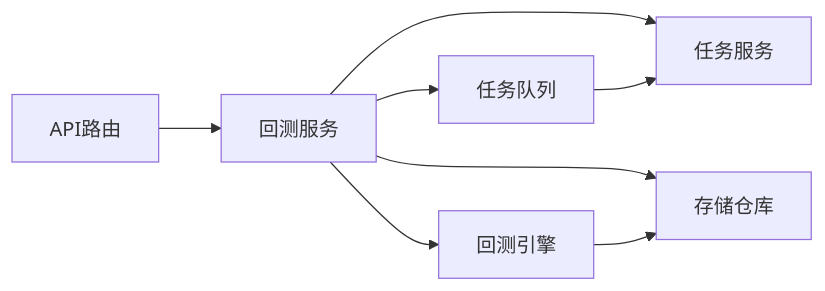
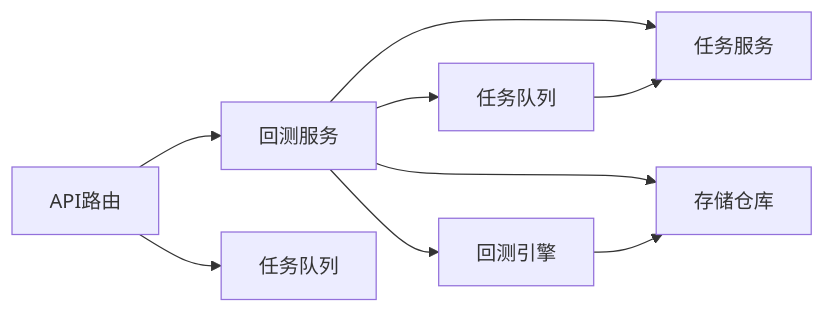
One commit to anYaoooo/daily_stock_analysis changed the ninth of 9 diagrams in .qoder/repowiki/zh/content/API参考文档/回测系统API.md. Above: the diagram before and after it, drawn with Mermaid. The commit also changed other lines of this file and 148 other files, not shown here.

````diff
--- a/.qoder/repowiki/zh/content/API参考文档/回测系统API.md
+++ b/.qoder/repowiki/zh/content/API参考文档/回测系统API.md
@@ -418,10 +501,11 @@
 ```mermaid
 graph LR
 API["API路由"] --> SVC["回测服务"]
+API --> QUEUE["任务队列"]
 SVC --> Q["任务队列"]
 SVC --> TS["任务服务"]
 SVC --> ENG["回测引擎"]
 SVC --> REPO["存储仓库"]
 ENG --> REPO
 Q --> TS
 ```
````
